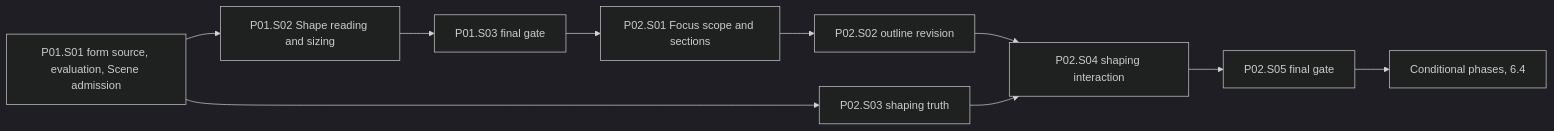
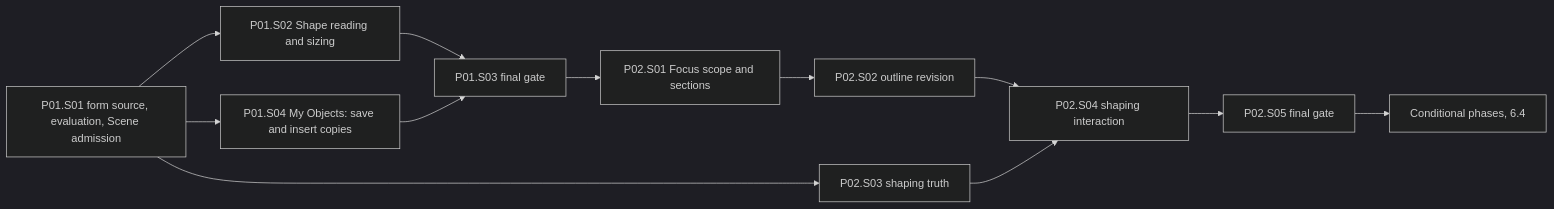
The diagram in docs/roadmap/t5-expressive-geometry/umbrella-plan.md (Biskiq/spatial-sketch-editor), drawn with Mermaid (dark theme) before and after one commit. The commit also changed other lines of this file and 15 other files, not shown here.

````diff
--- a/docs/roadmap/t5-expressive-geometry/umbrella-plan.md
+++ b/docs/roadmap/t5-expressive-geometry/umbrella-plan.md
@@ -233,12 +258,14 @@
 ```mermaid
 flowchart LR
   S1["P01.S01 form source, evaluation, Scene admission"] --> S2["P01.S02 Shape reading and sizing"]
   S2 --> G1["P01.S03 final gate"]
+  S1 --> S4["P01.S04 My Objects: save and insert copies"]
+  S4 --> G1
   S1 --> F3["P02.S03 shaping truth"]
   G1 --> F1["P02.S01 Focus scope and sections"]
   F1 --> F2["P02.S02 outline revision"]
   F2 --> F4["P02.S04 shaping interaction"]
   F3 --> F4
   F4 --> G2["P02.S05 final gate"]
   G2 --> C["Conditional phases, 6.4"]
 ```
````
